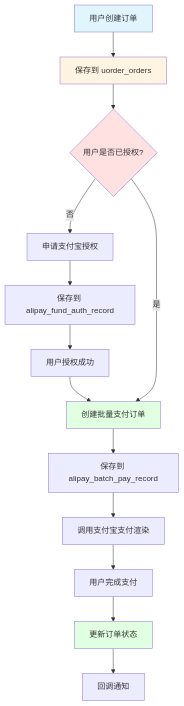
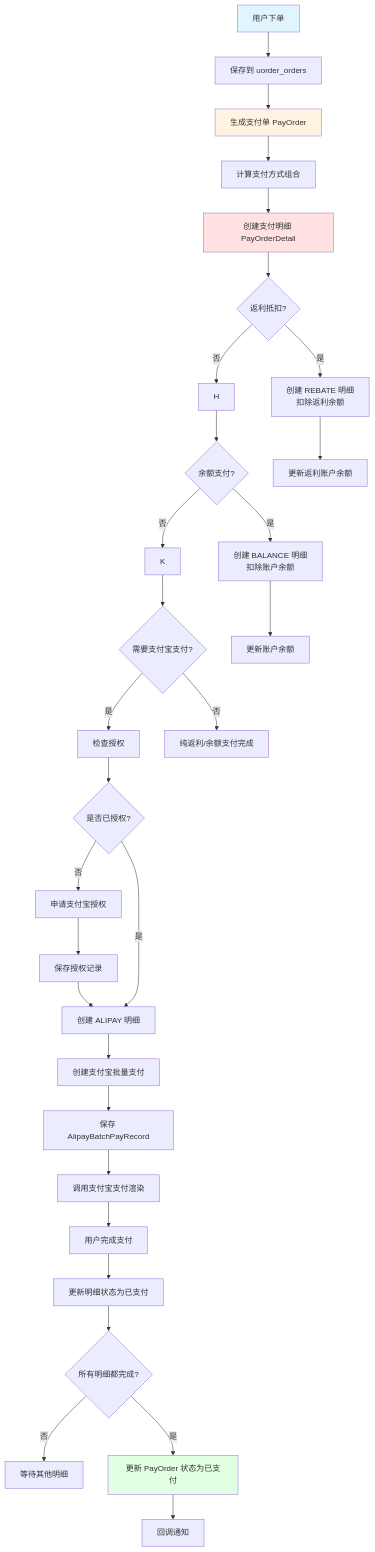
One commit to Fjunjie/ai-demo changed the second of 4 diagrams in docs/entity-relationships.md. Above: the diagram before and after it, drawn with Mermaid. The commit also changed other lines of this file and 83 other files, not shown here.

````diff
--- a/docs/entity-relationships.md
+++ b/docs/entity-relationships.md
@@ -80,21 +111,42 @@
 ```mermaid
 flowchart TD
-    A[用户创建订单] --> B[保存到 uorder_orders]
-    B --> C{用户是否已授权?}
-    C -->|否| D[申请支付宝授权]
-    D --> E[保存到 alipay_fund_auth_record]
-    E --> F[用户授权成功]
-    F --> G[创建批量支付订单]
-    C -->|是| G
-    G --> H[保存到 alipay_batch_pay_record]
-    H --> I[调用支付宝支付渲染]
-    I --> J[用户完成支付]
-    J --> K[更新订单状态]
-    K --> L[回调通知]
+    A[用户下单] --> B[保存到 uorder_orders]
+    B --> C[生成支付单 PayOrder]
+    C --> D[计算支付方式组合]
+    D --> E[创建支付明细 PayOrderDetail]
+
+    E --> F{返利抵扣?}
+    F -->|是| G[创建 REBATE 明细<br/>扣除返利余额]
+    F -->|否| H
+
+    H --> I{余额支付?}
+    I -->|是| J[创建 BALANCE 明细<br/>扣除账户余额]
+    I -->|否| K
+
+    K --> L{需要支付宝支付?}
+    L -->|是| M[检查授权]
+    M --> N{是否已授权?}
+    N -->|否| O[申请支付宝授权]
+    O --> P[保存授权记录]
+    P --> Q[创建 ALIPAY 明细]
+    N -->|是| Q
+    L -->|否| R[纯返利/余额支付完成]
+
+    Q --> S[创建支付宝批量支付]
+    S --> T[保存 AlipayBatchPayRecord]
+    T --> U[调用支付宝支付渲染]
+    U --> V[用户完成支付]
+    V --> W[更新明细状态为已支付]
+
+    G --> X[更新返利账户余额]
+    J --> Y[更新账户余额]
+    W --> Z{所有明细都完成?}
+    Z -->|否| AA[等待其他明细]
+    Z -->|是| AB[更新 PayOrder 状态为已支付]
+    AB --> AC[回调通知]
 
     style A fill:#e1f5ff
-    style B fill:#fff4e1
-    style C fill:#ffe1e1
-    style G fill:#e1ffe1
-    style K fill:#e1ffe1
+    style C fill:#fff4e1
+    style E fill:#ffe1e1
+    style AB fill:#e1ffe1
 ```
````
